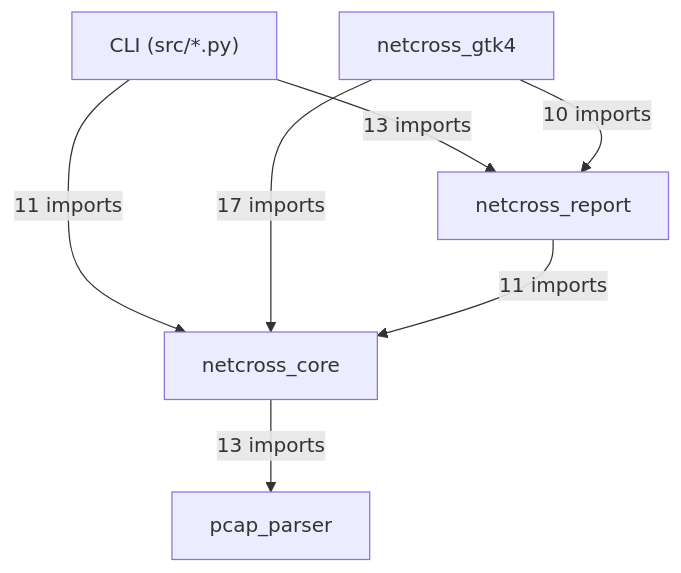
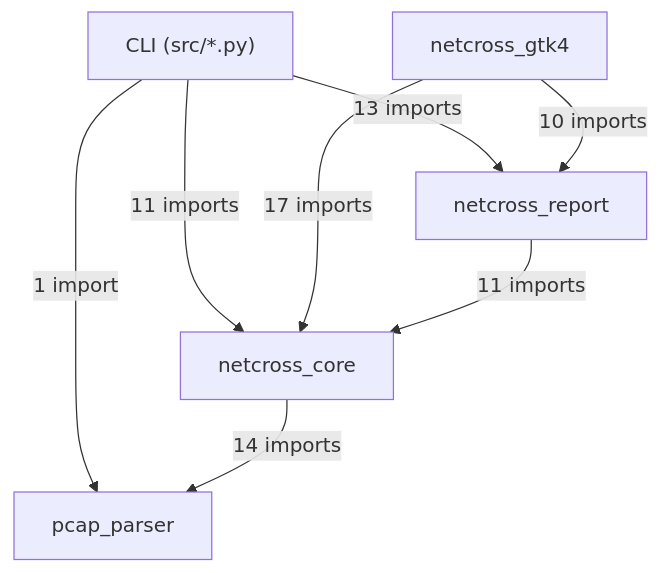
One commit to MathildeDec/Netcross changed the first of 11 diagrams in docs/class-diagram.md. Above: the diagram before and after it, drawn with Mermaid. The commit also changed other lines of this file, not shown here.

Commit message:
chore(docs): régénère class-diagram.md pour pcap_parser.convert (#169)

````diff
--- a/docs/class-diagram.md
+++ b/docs/class-diagram.md
@@ -26,14 +26,15 @@
 ```mermaid
 flowchart TD
     CLI["CLI (src/*.py)"]
     netcross_gtk4["netcross_gtk4"]
     netcross_report["netcross_report"]
     netcross_core["netcross_core"]
     pcap_parser["pcap_parser"]
     CLI -->|"13 imports"| netcross_report
     CLI -->|"11 imports"| netcross_core
+    CLI -->|"1 import"| pcap_parser
     netcross_gtk4 -->|"10 imports"| netcross_report
     netcross_gtk4 -->|"17 imports"| netcross_core
     netcross_report -->|"11 imports"| netcross_core
-    netcross_core -->|"13 imports"| pcap_parser
+    netcross_core -->|"14 imports"| pcap_parser
 ```
````
